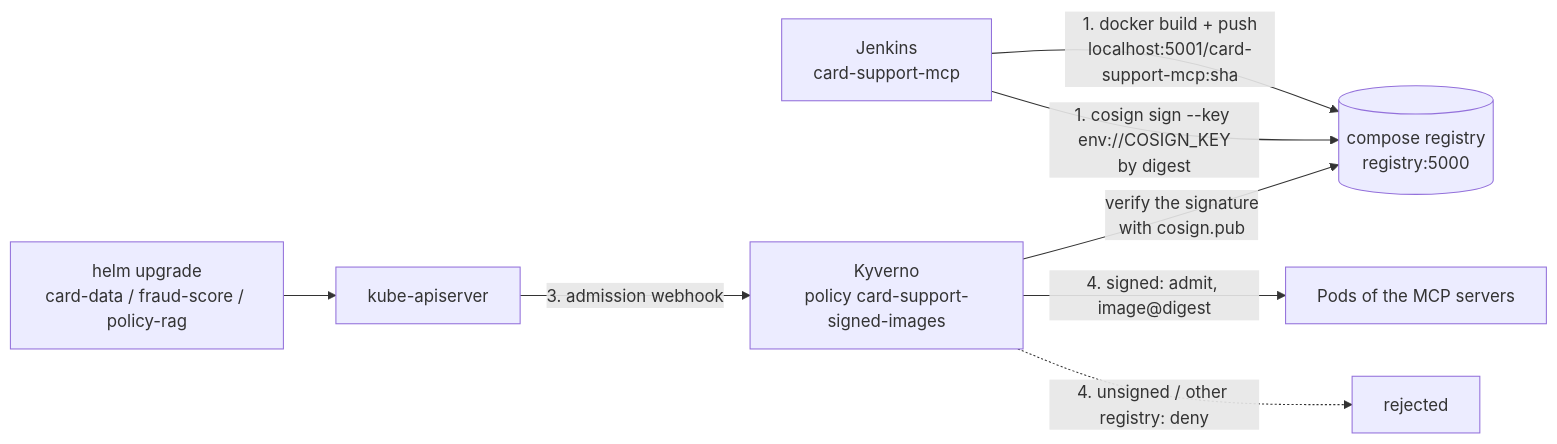
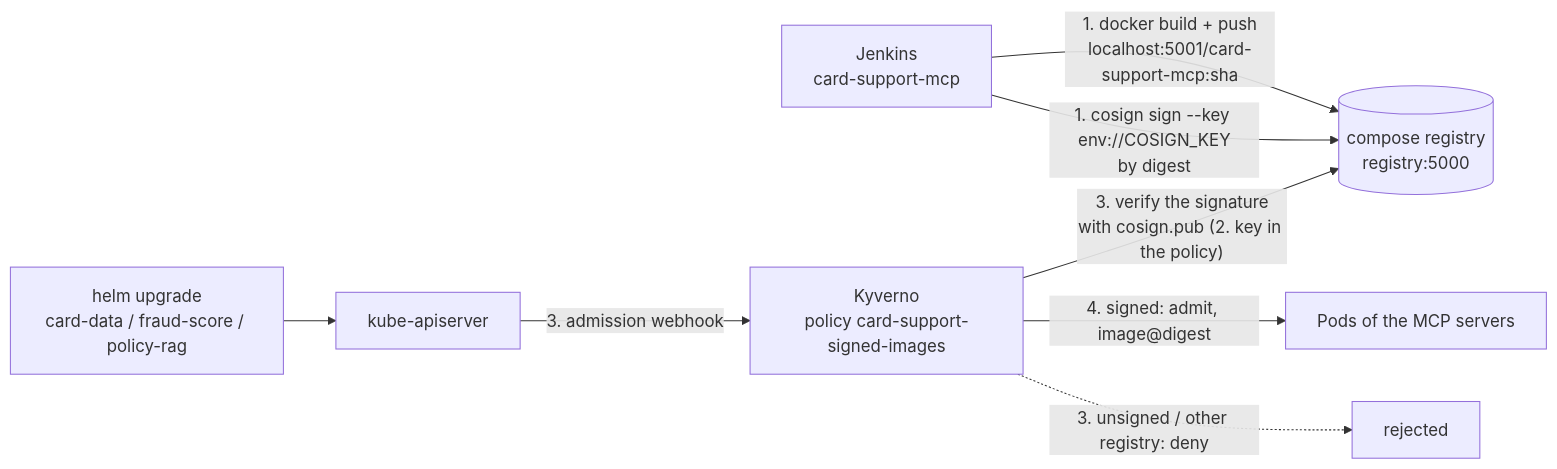
One commit to cvinhnguyen/card-fraud-platform changed the diagram in docs/operations/novel_supply_chain.md. Above: the diagram before and after it, drawn with Mermaid. The commit also changed other lines of this file and 37 other files, not shown here.

First line of the commit message:
Review every doc against the code and regenerate the diagrams

````diff
--- a/docs/operations/novel_supply_chain.md
+++ b/docs/operations/novel_supply_chain.md
@@ -21,10 +21,10 @@
 ```mermaid
 flowchart LR
     j["Jenkins<br/>card-support-mcp"] -->|"1. docker build + push<br/>localhost:5001/card-support-mcp:sha"| r[("compose registry<br/>registry:5000")]
     j -->|"1. cosign sign --key env://COSIGN_KEY<br/>by digest"| r
     h["helm upgrade<br/>card-data / fraud-score / policy-rag"] --> api["kube-apiserver"]
     api -->|"3. admission webhook"| k["Kyverno<br/>policy card-support-signed-images"]
-    k -->|"verify the signature<br/>with cosign.pub"| r
+    k -->|"3. verify the signature<br/>with cosign.pub (2. key in the policy)"| r
     k -->|"4. signed: admit, image@digest"| p["Pods of the MCP servers"]
-    k -.->|"4. unsigned / other registry: deny"| x["rejected"]
+    k -.->|"3. unsigned / other registry: deny"| x["rejected"]
 ```
````
